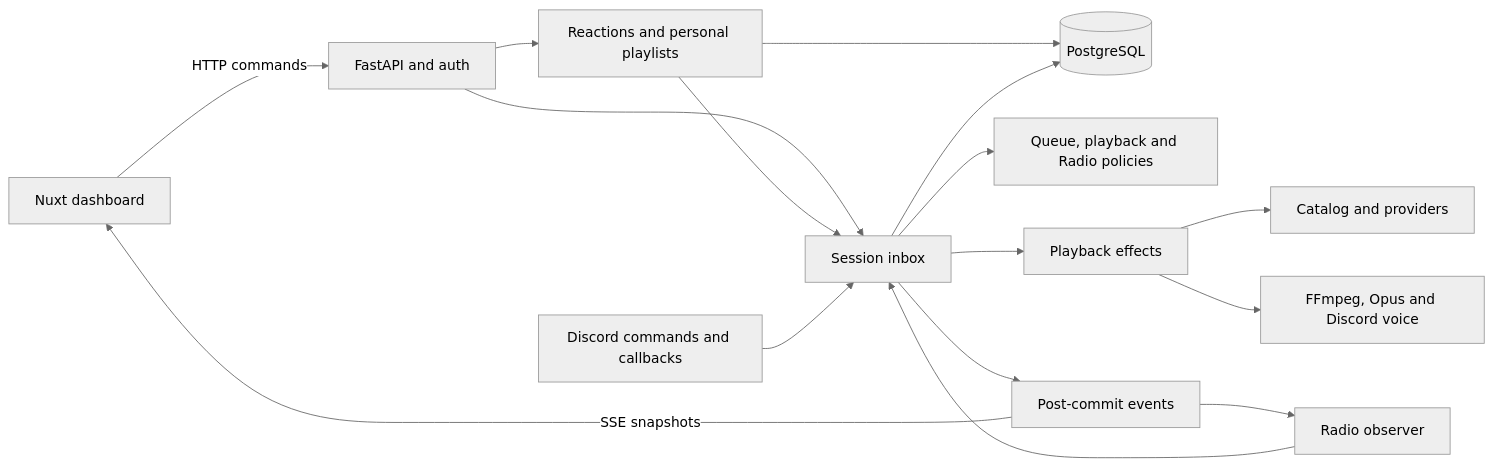
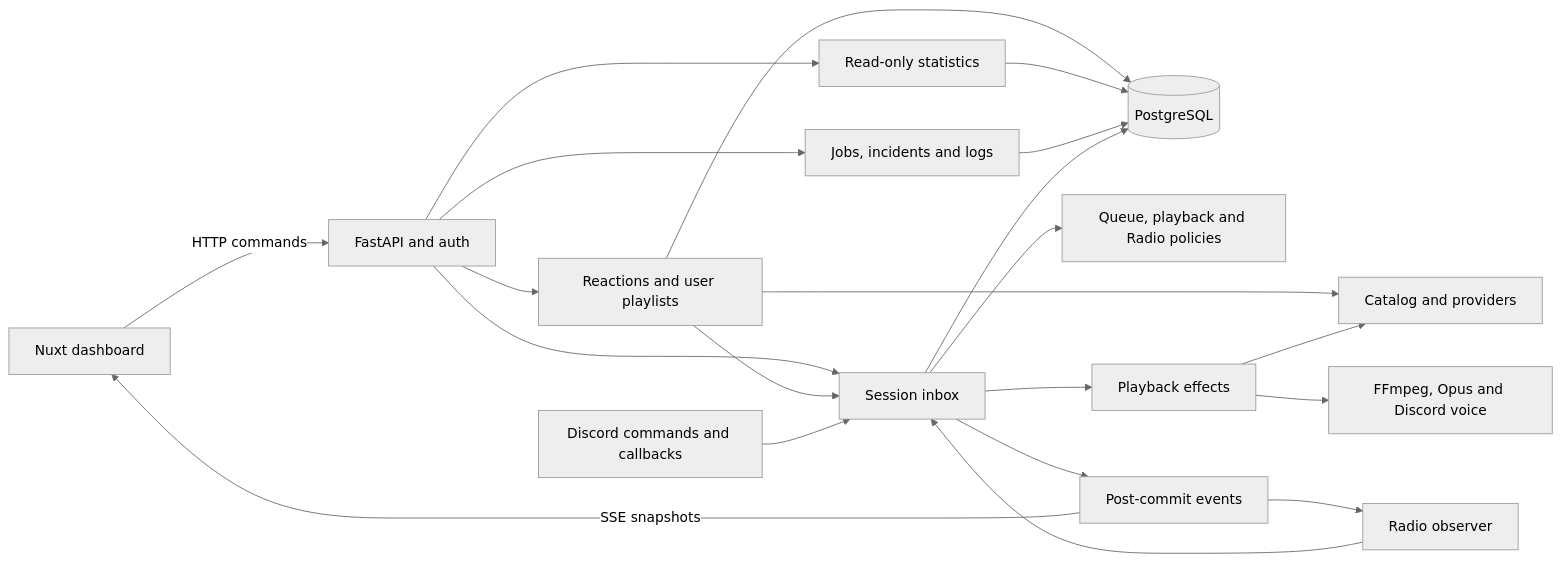
The first of 2 diagrams in docs/architecture.md (SmolBlackHole/NaHoerMaar), drawn with Mermaid (neutral theme) before and after one commit. The commit also changed other lines of this file and 41 other files, not shown here.

````diff
--- a/docs/architecture.md
+++ b/docs/architecture.md
@@ -24,18 +24,23 @@
 ```mermaid
 flowchart LR
     Browser[Nuxt dashboard] -->|HTTP commands| API[FastAPI and auth]
     API --> Session[Session inbox]
-    API --> Library[Reactions and personal playlists]
+    API --> Library[Reactions and user playlists]
+    API --> Statistics[Read-only statistics]
+    API --> Operations[Jobs, incidents and logs]
     Library --> Session
+    Library --> Catalog[Catalog and providers]
     Library --> DB[(PostgreSQL)]
+    Statistics --> DB
+    Operations --> DB
     Discord[Discord commands and callbacks] --> Session
     Session --> Domain[Queue, playback and Radio policies]
     Session --> DB
     Session --> Effects[Playback effects]
     Effects --> Catalog[Catalog and providers]
     Effects --> Voice[FFmpeg, Opus and Discord voice]
     Session --> Events[Post-commit events]
     Events -->|SSE snapshots| Browser
     Events --> Radio[Radio observer]
     Radio --> Session
 ```
````
